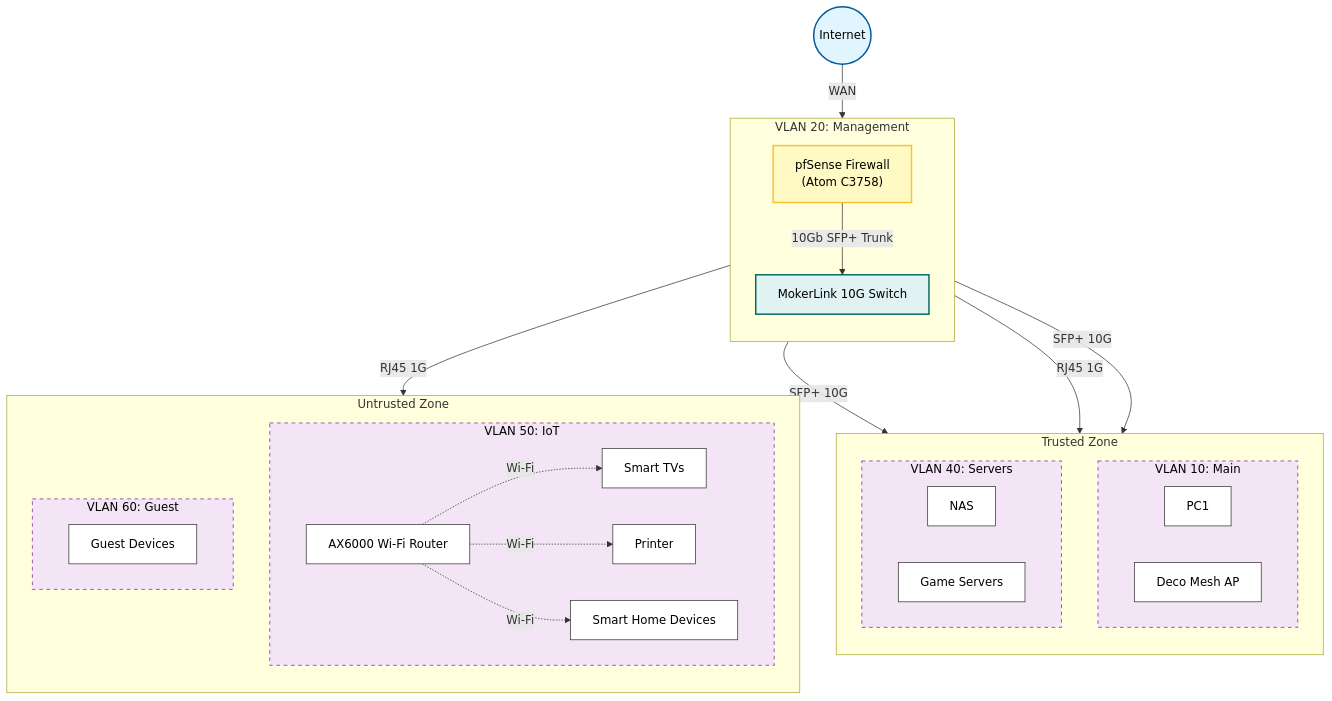
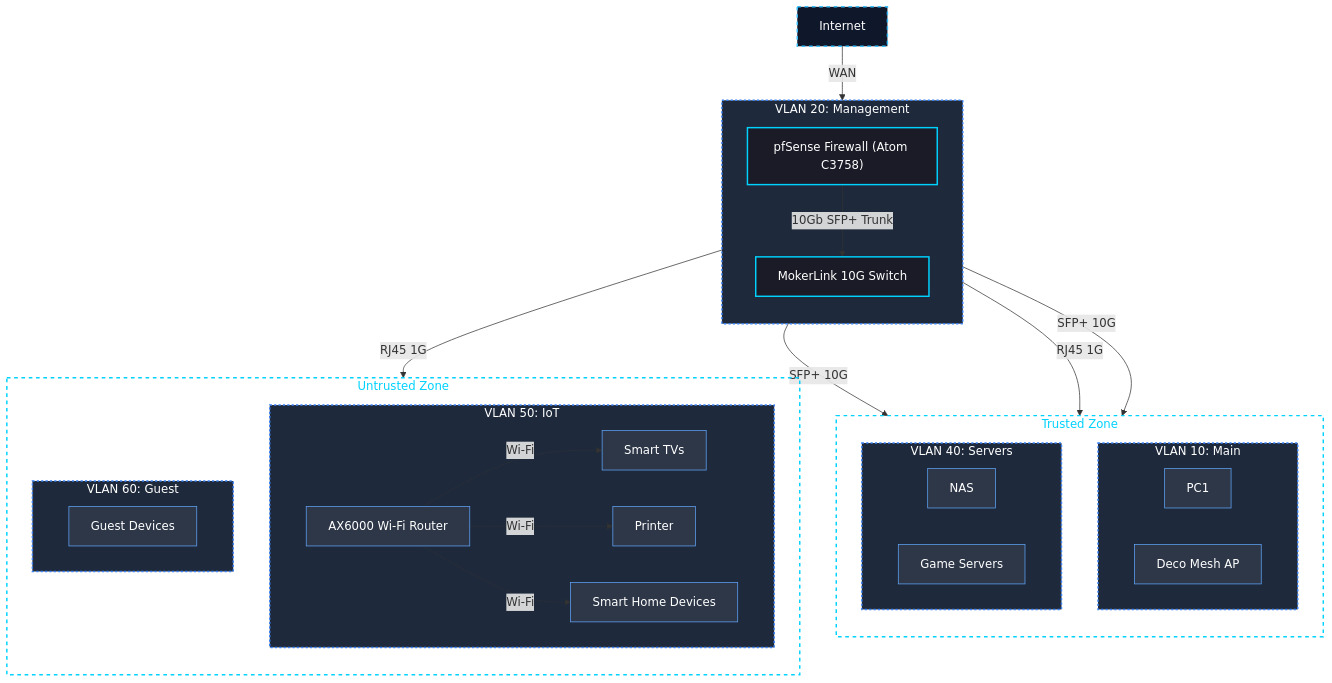
The second of 2 diagrams in README.md (gurvinny/home-network-lab), drawn with Mermaid before and after one commit. The commit also changed other lines of this file and 5 other files, not shown here.

First line of the commit message:
docs: reorganize repo and apply cyber sec grey blue theme

````diff
--- a/README.md
+++ b/README.md
@@ -88,62 +85,68 @@
 ```mermaid
 flowchart TB
-    %% Styling
-    classDef internet fill:#e1f5fe,stroke:#01579b,stroke-width:2px,color:black;
-    classDef firewall fill:#fff9c4,stroke:#fbc02d,stroke-width:2px,color:black;
-    classDef switch fill:#e0f2f1,stroke:#00695c,stroke-width:2px,color:black;
-    classDef vlan fill:#f3e5f5,stroke:#7b1fa2,stroke-width:1px,stroke-dasharray: 5 5,color:black;
-    classDef device fill:#ffffff,stroke:#333,stroke-width:1px,color:black;
+    %% Cyber Sec Grey/Blue Theme Styling
+    classDef internet fill:#0f172a,stroke:#38bdf8,stroke-width:2px,color:#ffffff,stroke-dasharray: 5 5;
+    classDef firewall fill:#1a1b26,stroke:#00d2ff,stroke-width:2px,color:#ffffff;
+    classDef switch fill:#1a1b26,stroke:#00d2ff,stroke-width:2px,color:#ffffff;
+    classDef vlan fill:#1e293b,stroke:#3b82f6,stroke-width:2px,stroke-dasharray: 3 3,color:#ffffff;
+    classDef device fill:#2d3748,stroke:#60a5fa,stroke-width:1px,color:#ffffff;
+    classDef zone fill:#00000000,stroke:#00d2ff,stroke-width:2px,color:#00d2ff,stroke-dasharray: 5 5;
 
-    Internet((Internet)):::internet -->|WAN| pfSense["pfSense Firewall<br>(Atom C3758)"]:::firewall
-    pfSense -->|10Gb SFP+ Trunk| Switch["MokerLink 10G Switch"]:::switch
+    Internet["Internet"]:::internet -->|"WAN"| pfSense["pfSense Firewall (Atom C3758)"]:::firewall
+    pfSense -->|"10Gb SFP+ Trunk"| Switch["MokerLink 10G Switch"]:::switch
 
-    subgraph Infrastructure [VLAN 20: Management]
+    subgraph Infrastructure ["VLAN 20: Management"]
         direction TB
         pfSense
         Switch
     end
+    class Infrastructure vlan;
 
-    subgraph Trusted_Zone [Trusted Zone]
+    subgraph Trusted_Zone ["Trusted Zone"]
         direction TB
-        subgraph VLAN10 [VLAN 10: Main]
+        subgraph VLAN10 ["VLAN 10: Main"]
             direction LR
-            PC1[PC1]:::device
+            PC1["PC1"]:::device
             Deco["Deco Mesh AP"]:::device
         end
+        class VLAN10 vlan;
         
-        subgraph VLAN40 [VLAN 40: Servers]
+        subgraph VLAN40 ["VLAN 40: Servers"]
             direction LR
-            NAS[NAS]:::device
+            NAS["NAS"]:::device
             Srv["Game Servers"]:::device
         end
+        class VLAN40 vlan;
     end
+    class Trusted_Zone zone;
 
-    subgraph Untrusted_Zone [Untrusted Zone]
+    subgraph Untrusted_Zone ["Untrusted Zone"]
         direction TB
-        subgraph VLAN50 [VLAN 50: IoT]
+        subgraph VLAN50 ["VLAN 50: IoT"]
             direction LR
             IoT_AP["AX6000 Wi-Fi Router"]:::device
-            TV[Smart TVs]:::device
-            Prn[Printer]:::device
+            TV["Smart TVs"]:::device
+            Prn["Printer"]:::device
             Smart["Smart Home Devices"]:::device
         end
+        class VLAN50 vlan;
 
-        subgraph VLAN60 [VLAN 60: Guest]
+        subgraph VLAN60 ["VLAN 60: Guest"]
             direction LR
             Gst["Guest Devices"]:::device
         end
+        class VLAN60 vlan;
     end
+    class Untrusted_Zone zone;
     
     %% Physical Connections
-    Switch -->|SFP+ 10G| PC1
-    Switch -->|RJ45 1G| Deco
-    Switch -->|SFP+ 10G| NAS
-    Switch -->|RJ45 1G| IoT_AP
+    Switch -->|"SFP+ 10G"| PC1
+    Switch -->|"RJ45 1G"| Deco
+    Switch -->|"SFP+ 10G"| NAS
+    Switch -->|"RJ45 1G"| IoT_AP
 
     %% Logical Connections
-    IoT_AP -.->|Wi-Fi| TV
-    IoT_AP -.->|Wi-Fi| Prn
-    IoT_AP -.->|Wi-Fi| Smart
-
-    class VLAN10,VLAN20,VLAN40,VLAN50,VLAN60 vlan;
+    IoT_AP -.->|"Wi-Fi"| TV
+    IoT_AP -.->|"Wi-Fi"| Prn
+    IoT_AP -.->|"Wi-Fi"| Smart
 ```
````
